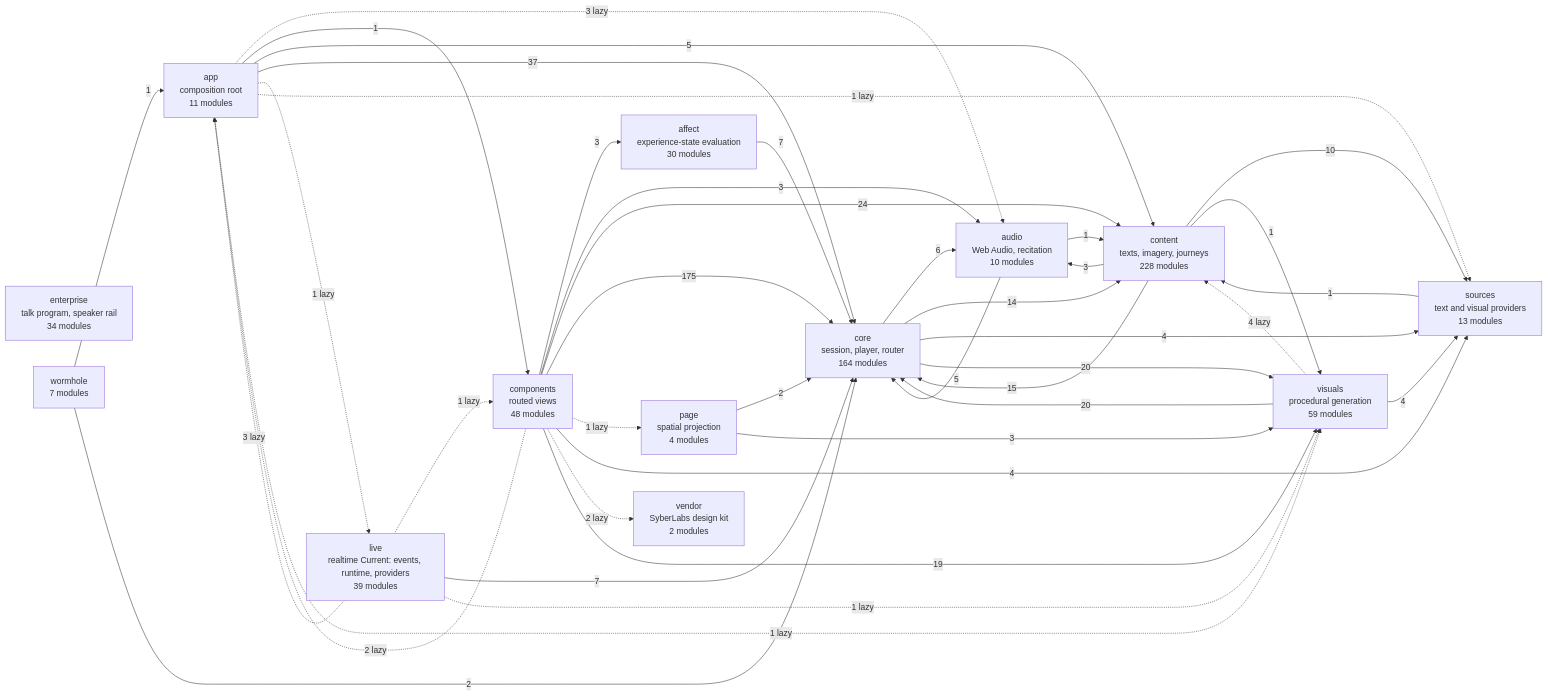
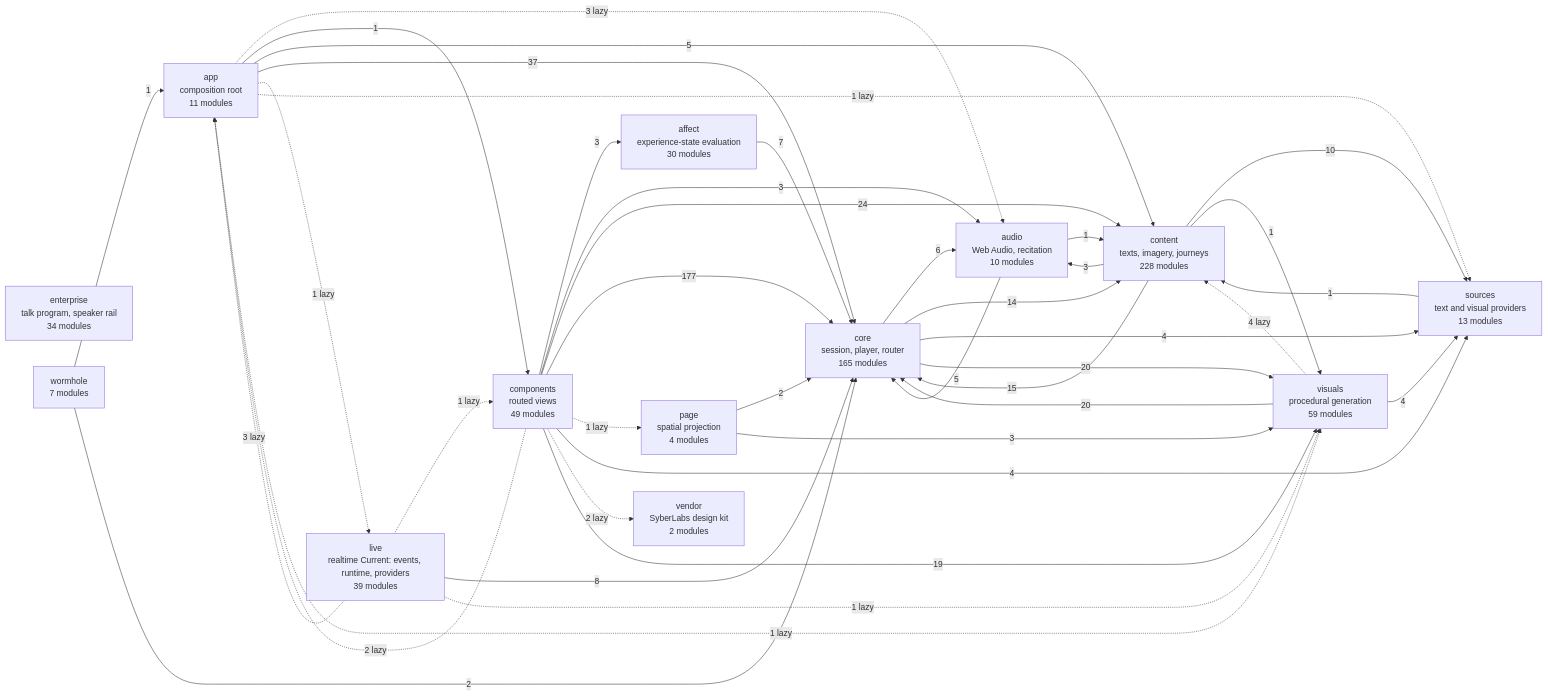
Before and after one commit to SyberLabs/RISE: the diagram in docs/specs/ARCHITECTURE.md, drawn with Mermaid. The commit also changed other lines of this file, not shown here.

Commit message:
Document visual catalog architecture

````diff
--- a/docs/specs/ARCHITECTURE.md
+++ b/docs/specs/ARCHITECTURE.md
@@ -160,56 +160,56 @@
 ```mermaid
 flowchart LR
     affect["affect<br/>experience-state evaluation<br/>30 modules"]
     app["app<br/>composition root<br/>11 modules"]
     audio["audio<br/>Web Audio, recitation<br/>10 modules"]
-    components["components<br/>routed views<br/>48 modules"]
+    components["components<br/>routed views<br/>49 modules"]
     content["content<br/>texts, imagery, journeys<br/>228 modules"]
-    core["core<br/>session, player, router<br/>164 modules"]
+    core["core<br/>session, player, router<br/>165 modules"]
     enterprise["enterprise<br/>talk program, speaker rail<br/>34 modules"]
     live["live<br/>realtime Current: events, runtime, providers<br/>39 modules"]
     page["page<br/>spatial projection<br/>4 modules"]
     sources["sources<br/>text and visual providers<br/>13 modules"]
     vendor["vendor<br/>SyberLabs design kit<br/>2 modules"]
     visuals["visuals<br/>procedural generation<br/>59 modules"]
     wormhole["wormhole<br/>7 modules"]
 
     affect --> |7| core
     app -.-> |3 lazy| audio
     app --> |1| components
     app --> |5| content
     app --> |37| core
     app -.-> |1 lazy| live
     app -.-> |1 lazy| sources
     app -.-> |1 lazy| visuals
     audio --> |1| content
     audio --> |5| core
     components --> |3| affect
     components -.-> |2 lazy| app
     components --> |3| audio
     components --> |24| content
-    components --> |175| core
+    components --> |177| core
     components -.-> |1 lazy| page
     components --> |4| sources
     components -.-> |2 lazy| vendor
     components --> |19| visuals
     content --> |3| audio
     content --> |15| core
     content --> |10| sources
     content --> |1| visuals
     core --> |6| audio
     core --> |14| content
     core --> |4| sources
     core --> |20| visuals
     live -.-> |3 lazy| app
     live -.-> |1 lazy| components
-    live --> |7| core
+    live --> |8| core
     live -.-> |1 lazy| visuals
     page --> |2| core
     page --> |3| visuals
     sources --> |1| content
     visuals -.-> |4 lazy| content
     visuals --> |20| core
     visuals --> |4| sources
     wormhole --> |1| app
     wormhole --> |2| core
 ```
````
